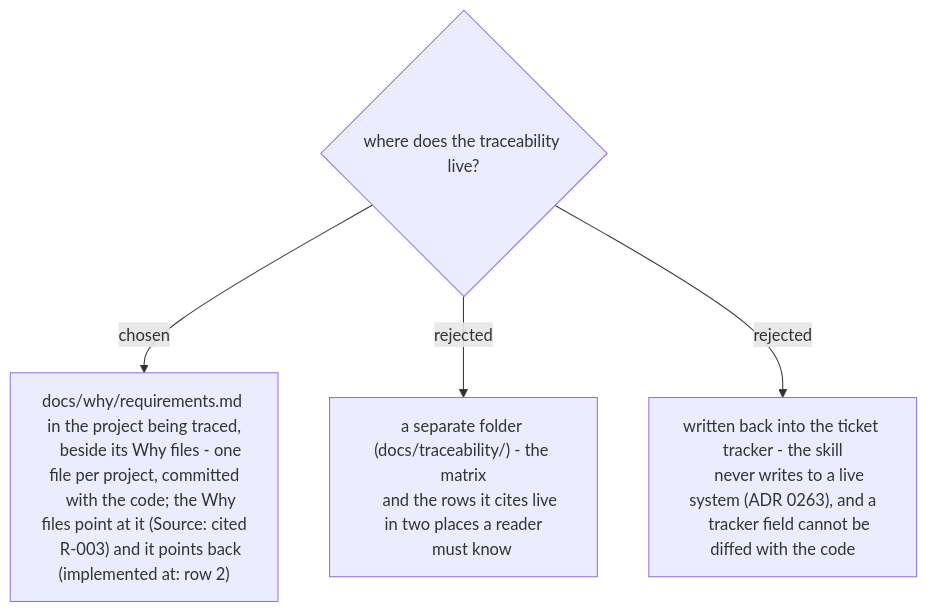
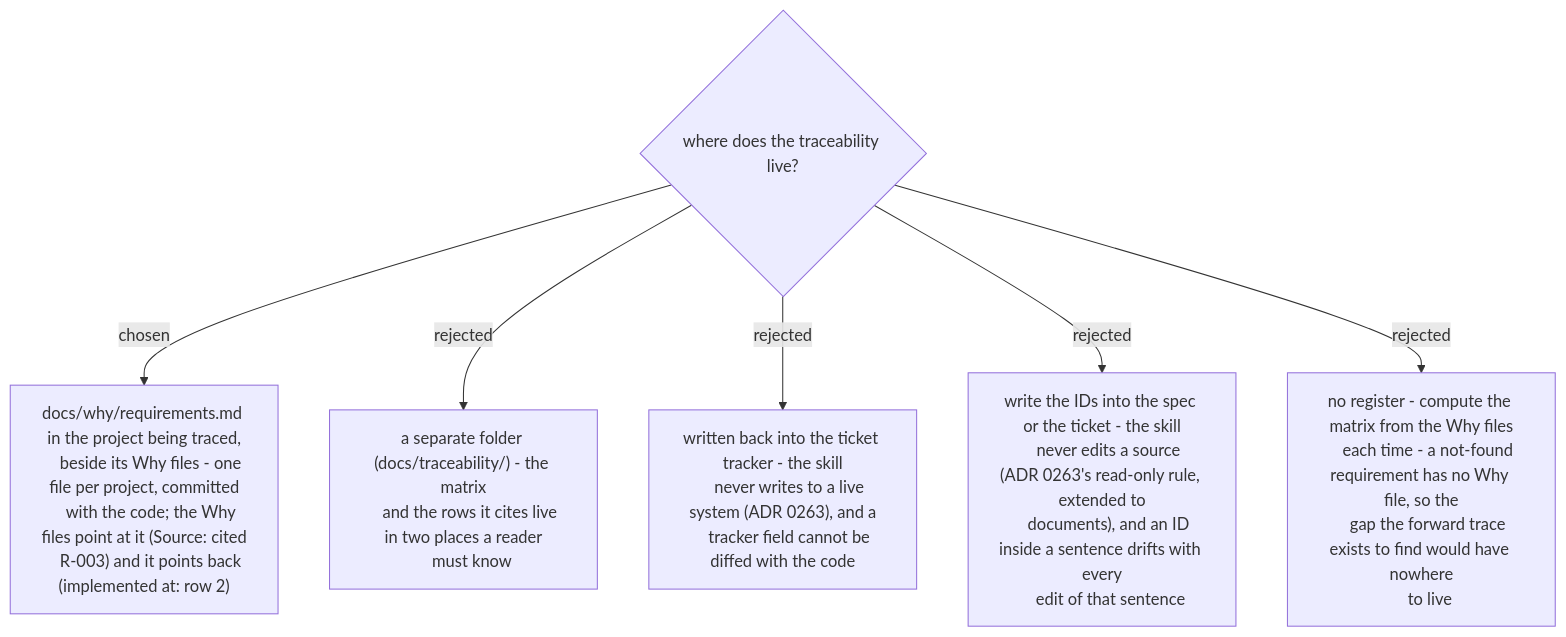
One commit to ThodsaphonSonthiphin/workflow-daily-work changed the diagram in docs/adr/workflow-daily-work-0281-the-register-lives-beside-the-why-files-in-the-traced-project-and-is-never-written-to-a-tracker.md. Above: the diagram before and after it, drawn with Mermaid. The commit also changed 4 other files, not shown here.

Commit message:
docs(why-this-logic): Task 1 review fixes - ADRs 0278/0279/0281 carry every decision the spec cites; the Workflow 3 fixture is eight statements with the e-mail as R-008; the register is refreshed only by a run that minted or cited

````diff
--- a/docs/adr/workflow-daily-work-0281-the-register-lives-beside-the-why-files-in-the-traced-project-and-is-never-written-to-a-tracker.md
+++ b/docs/adr/workflow-daily-work-0281-the-register-lives-beside-the-why-files-in-the-traced-project-and-is-never-written-to-a-tracker.md
@@ -3,13 +3,21 @@
 ```mermaid
 flowchart TD
     Q{where does the traceability live?} -->|chosen| A["docs/why/requirements.md in the project being traced,
     beside its Why files - one file per project, committed
     with the code; the Why files point at it (Source: cited
     R-003) and it points back (implemented at: row 2)"]
     Q -->|rejected| B["a separate folder (docs/traceability/) - the matrix
     and the rows it cites live in two places a reader
     must know"]
     Q -->|rejected| C["written back into the ticket tracker - the skill
     never writes to a live system (ADR 0263), and a
     tracker field cannot be diffed with the code"]
+    Q -->|rejected| D["write the IDs into the spec or the ticket - the skill
+    never edits a source (ADR 0263's read-only rule, extended to
+    documents), and an ID inside a sentence drifts with every
+    edit of that sentence"]
+    Q -->|rejected| E["no register - compute the matrix from the Why files
+    each time - a not-found requirement has no Why file, so the
+    gap the forward trace exists to find would have nowhere
+    to live"]
 ```
````
